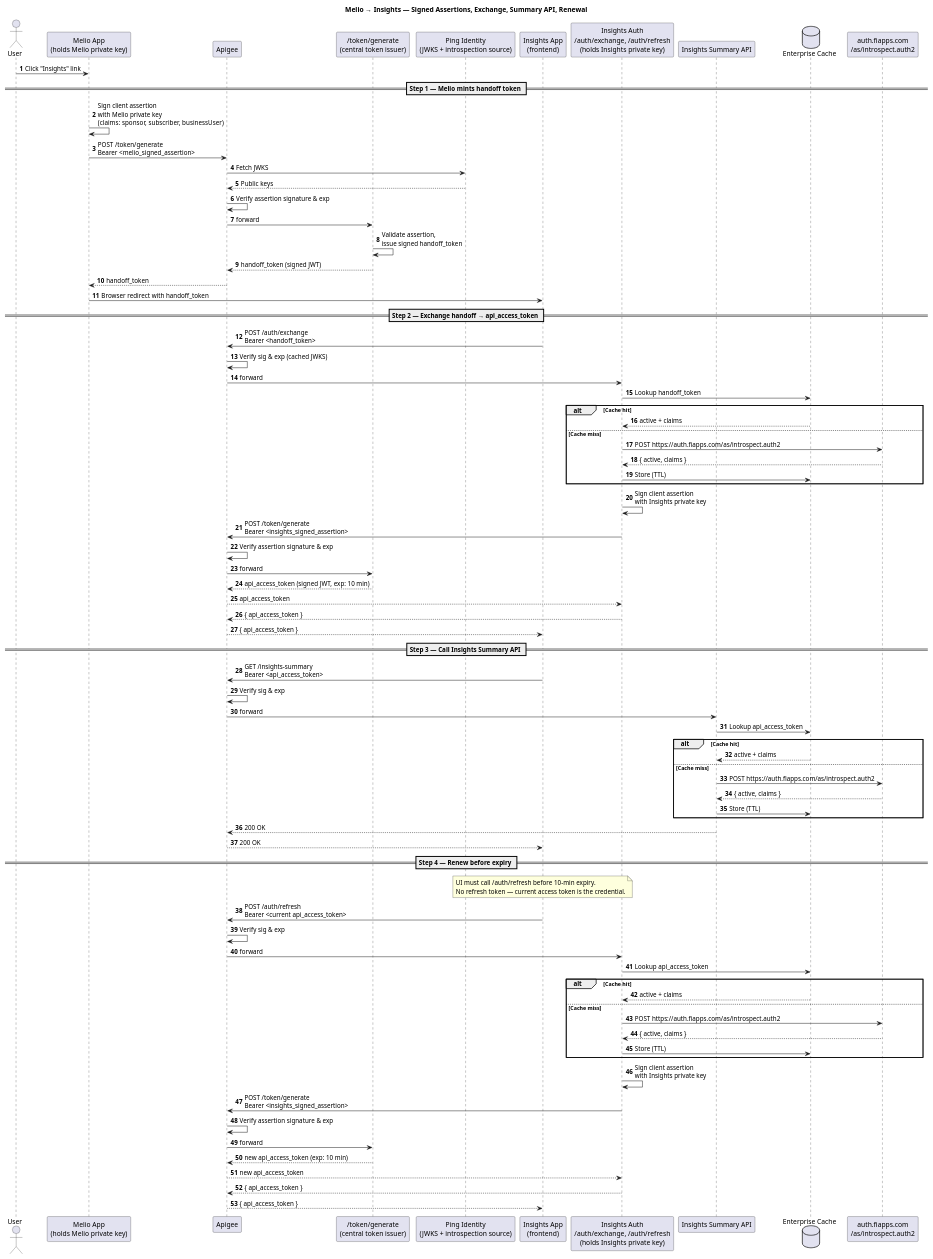
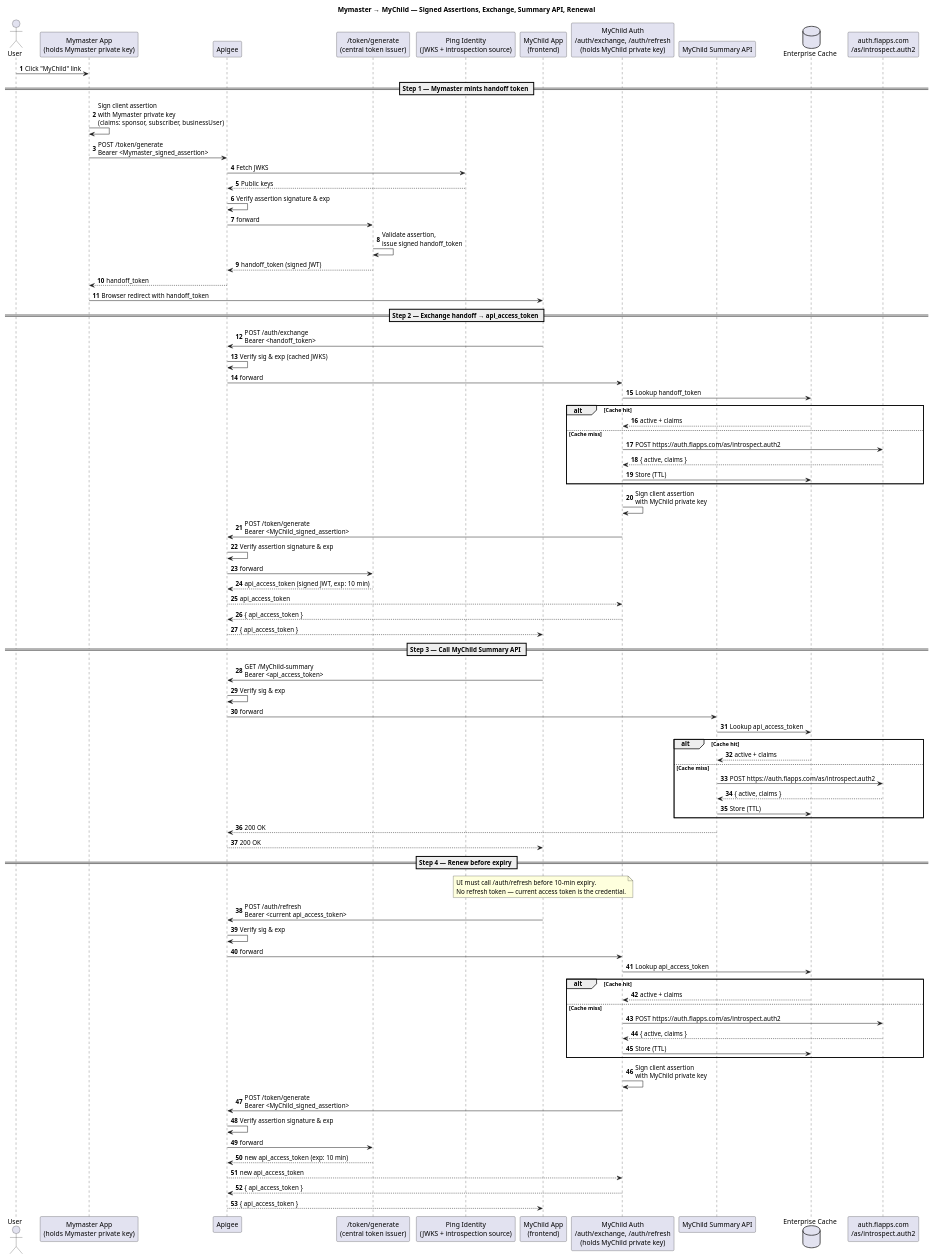
Before and after one commit to sreenathmadyastha/financial-dashboard: the diagram in docs/revision-authtoken-final.wsd, drawn with PlantUML.

```diff
--- a/docs/revision-authtoken-final.wsd
+++ b/docs/revision-authtoken-final.wsd
@@ -1,100 +1,100 @@
 @startuml
-title Melio → Insights — Signed Assertions, Exchange, Summary API, Renewal
+title Mymaster → MyChild — Signed Assertions, Exchange, Summary API, Renewal
 
 autonumber
 
 actor User
-participant "Melio App\n(holds Melio private key)" as Melio
+participant "Mymaster App\n(holds Mymaster private key)" as Mymaster
 participant "Apigee" as Apigee
 participant "/token/generate\n(central token issuer)" as TokenGen
 participant "Ping Identity\n(JWKS + introspection source)" as Ping
-participant "Insights App\n(frontend)" as Insights
-participant "Insights Auth\n/auth/exchange, /auth/refresh\n(holds Insights private key)" as InsightsAuth
-participant "Insights Summary API" as API
+participant "MyChild App\n(frontend)" as MyChild
+participant "MyChild Auth\n/auth/exchange, /auth/refresh\n(holds MyChild private key)" as MyChildAuth
+participant "MyChild Summary API" as API
 database  "Enterprise Cache" as Cache
 participant "auth.fiapps.com\n/as/introspect.auth2" as Introspect
 
-User -> Melio : Click "Insights" link
+User -> Mymaster : Click "MyChild" link
 
-== Step 1 — Melio mints handoff token ==
-Melio    -> Melio    : Sign client assertion\nwith Melio private key\n(claims: sponsor, subscriber, businessUser)
-Melio    -> Apigee   : POST /token/generate\nBearer <melio_signed_assertion>
+== Step 1 — Mymaster mints handoff token ==
+Mymaster    -> Mymaster    : Sign client assertion\nwith Mymaster private key\n(claims: sponsor, subscriber, businessUser)
+Mymaster    -> Apigee   : POST /token/generate\nBearer <Mymaster_signed_assertion>
 Apigee   -> Ping     : Fetch JWKS
 Ping     --> Apigee  : Public keys
 Apigee   -> Apigee   : Verify assertion signature & exp
 Apigee   -> TokenGen : forward
 TokenGen -> TokenGen : Validate assertion,\nissue signed handoff_token
 TokenGen --> Apigee  : handoff_token (signed JWT)
-Apigee   --> Melio   : handoff_token
+Apigee   --> Mymaster   : handoff_token
 
-Melio -> Insights : Browser redirect with handoff_token
+Mymaster -> MyChild : Browser redirect with handoff_token
 
 == Step 2 — Exchange handoff → api_access_token ==
-Insights -> Apigee       : POST /auth/exchange\nBearer <handoff_token>
+MyChild -> Apigee       : POST /auth/exchange\nBearer <handoff_token>
 Apigee   -> Apigee       : Verify sig & exp (cached JWKS)
-Apigee   -> InsightsAuth : forward
+Apigee   -> MyChildAuth : forward
 
-InsightsAuth -> Cache : Lookup handoff_token
+MyChildAuth -> Cache : Lookup handoff_token
 alt Cache hit
-    Cache --> InsightsAuth : active + claims
+    Cache --> MyChildAuth : active + claims
 else Cache miss
-    InsightsAuth -> Introspect : POST https://auth.fiapps.com/as/introspect.auth2
-    Introspect --> InsightsAuth : { active, claims }
-    InsightsAuth -> Cache : Store (TTL)
+    MyChildAuth -> Introspect : POST https://auth.fiapps.com/as/introspect.auth2
+    Introspect --> MyChildAuth : { active, claims }
+    MyChildAuth -> Cache : Store (TTL)
 end
 
-InsightsAuth -> InsightsAuth : Sign client assertion\nwith Insights private key
-InsightsAuth -> Apigee       : POST /token/generate\nBearer <insights_signed_assertion>
+MyChildAuth -> MyChildAuth : Sign client assertion\nwith MyChild private key
+MyChildAuth -> Apigee       : POST /token/generate\nBearer <MyChild_signed_assertion>
 Apigee       -> Apigee       : Verify assertion signature & exp
 Apigee       -> TokenGen     : forward
 TokenGen     --> Apigee      : api_access_token (signed JWT, exp: 10 min)
-Apigee       --> InsightsAuth : api_access_token
-InsightsAuth --> Apigee      : { api_access_token }
-Apigee       --> Insights    : { api_access_token }
+Apigee       --> MyChildAuth : api_access_token
+MyChildAuth --> Apigee      : { api_access_token }
+Apigee       --> MyChild    : { api_access_token }
 
-== Step 3 — Call Insights Summary API ==
-Insights -> Apigee : GET /insights-summary\nBearer <api_access_token>
+== Step 3 — Call MyChild Summary API ==
+MyChild -> Apigee : GET /MyChild-summary\nBearer <api_access_token>
 Apigee   -> Apigee : Verify sig & exp
 Apigee   -> API    : forward
 
 API -> Cache : Lookup api_access_token
 alt Cache hit
     Cache --> API : active + claims
 else Cache miss
     API -> Introspect : POST https://auth.fiapps.com/as/introspect.auth2
     Introspect --> API : { active, claims }
     API -> Cache : Store (TTL)
 end
 
 API    --> Apigee   : 200 OK
-Apigee --> Insights : 200 OK
+Apigee --> MyChild : 200 OK
 
 == Step 4 — Renew before expiry ==
-note over Insights
+note over MyChild
   UI must call /auth/refresh before 10-min expiry.
   No refresh token — current access token is the credential.
 end note
 
-Insights -> Apigee       : POST /auth/refresh\nBearer <current api_access_token>
+MyChild -> Apigee       : POST /auth/refresh\nBearer <current api_access_token>
 Apigee   -> Apigee       : Verify sig & exp
-Apigee   -> InsightsAuth : forward
+Apigee   -> MyChildAuth : forward
 
-InsightsAuth -> Cache : Lookup api_access_token
+MyChildAuth -> Cache : Lookup api_access_token
 alt Cache hit
-    Cache --> InsightsAuth : active + claims
+    Cache --> MyChildAuth : active + claims
 else Cache miss
-    InsightsAuth -> Introspect : POST https://auth.fiapps.com/as/introspect.auth2
-    Introspect --> InsightsAuth : { active, claims }
-    InsightsAuth -> Cache : Store (TTL)
+    MyChildAuth -> Introspect : POST https://auth.fiapps.com/as/introspect.auth2
+    Introspect --> MyChildAuth : { active, claims }
+    MyChildAuth -> Cache : Store (TTL)
 end
 
-InsightsAuth -> InsightsAuth : Sign client assertion\nwith Insights private key
-InsightsAuth -> Apigee       : POST /token/generate\nBearer <insights_signed_assertion>
+MyChildAuth -> MyChildAuth : Sign client assertion\nwith MyChild private key
+MyChildAuth -> Apigee       : POST /token/generate\nBearer <MyChild_signed_assertion>
 Apigee       -> Apigee       : Verify assertion signature & exp
 Apigee       -> TokenGen     : forward
 TokenGen     --> Apigee      : new api_access_token (exp: 10 min)
-Apigee       --> InsightsAuth : new api_access_token
-InsightsAuth --> Apigee      : { api_access_token }
-Apigee       --> Insights    : { api_access_token }
+Apigee       --> MyChildAuth : new api_access_token
+MyChildAuth --> Apigee      : { api_access_token }
+Apigee       --> MyChild    : { api_access_token }
 
 @enduml
```
